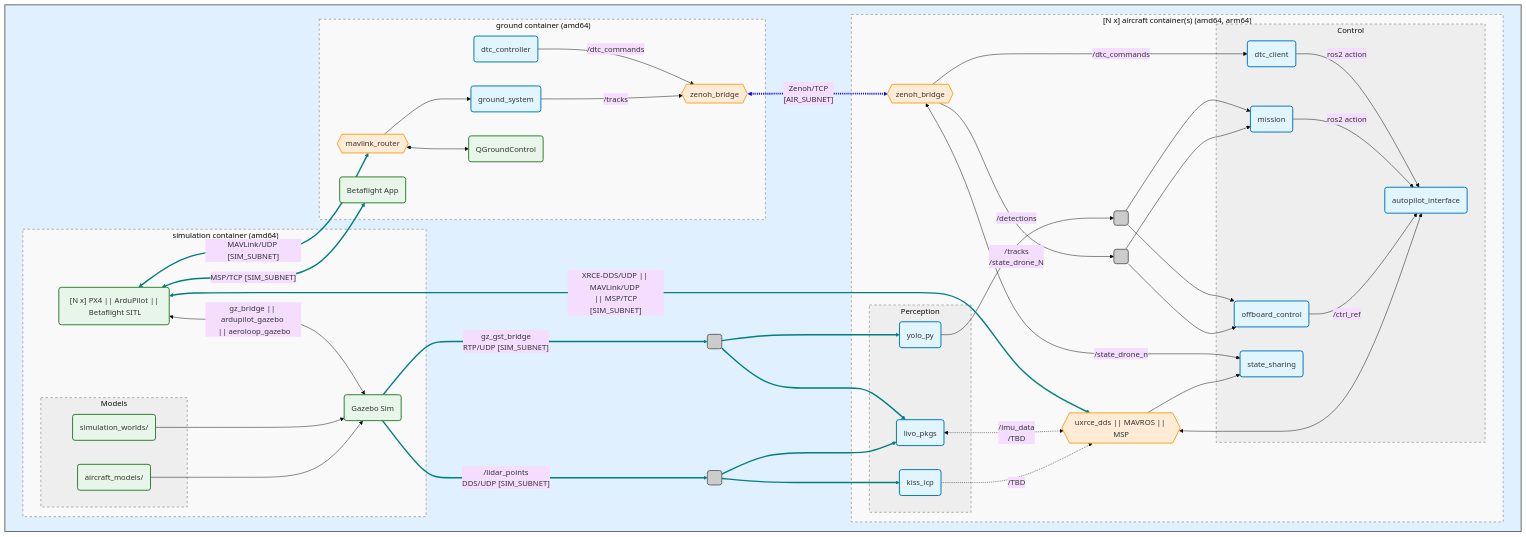
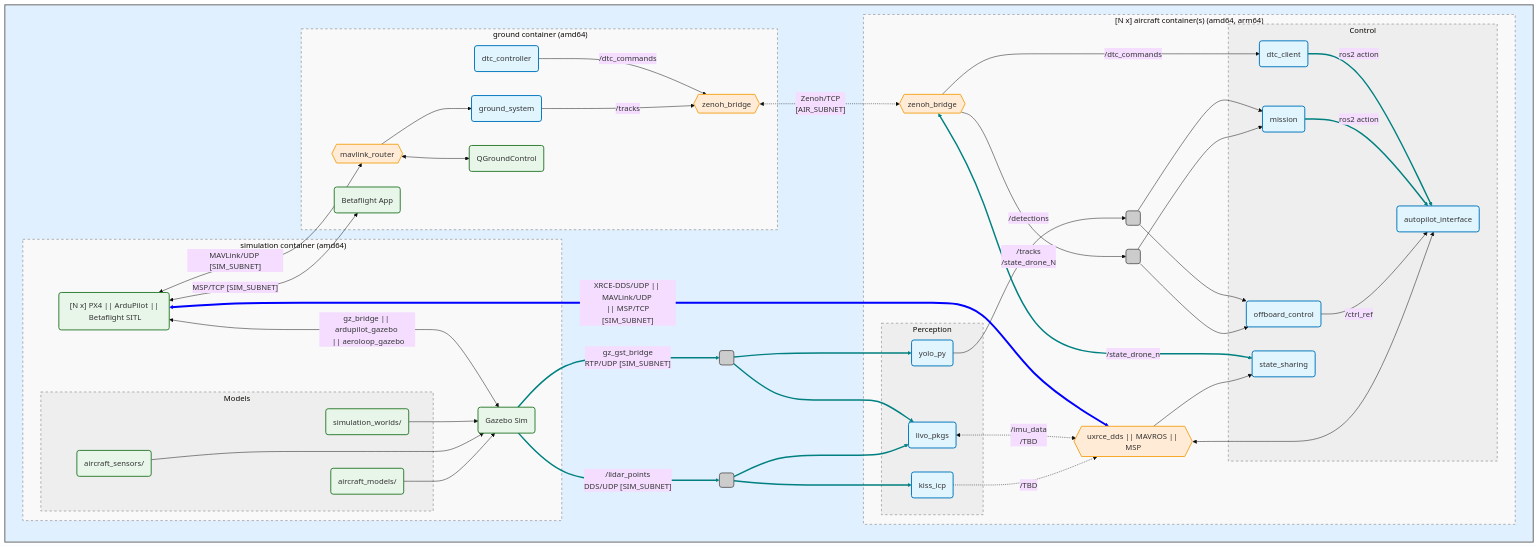
Before and after one commit to JacopoPan/aerial-autonomy-stack: the diagram in README.md, drawn with Mermaid. The commit also changed other lines of this file and 10 other files, not shown here.

Commit message:
move sensor models and sensor_config.yaml to aircraft_sensors/

```diff
--- a/README.md
+++ b/README.md
@@ -356,10 +356,14 @@
             gz(Gazebo Sim):::resource
             subgraph models [Models]
                 drones(aircraft_models/):::resource
+                sensors(aircraft_sensors/):::resource
                 worlds(simulation_worlds/):::resource
             end
 
             drones --> gz
+            sensors --> gz
+            sensors ~~~ drones
+            sensors ~~~ worlds
             worlds --> gz
             sitl <--> |"gz_bridge || ardupilot_gazebo <br/> || aeroloop_gazebo"| gz
         end
```
